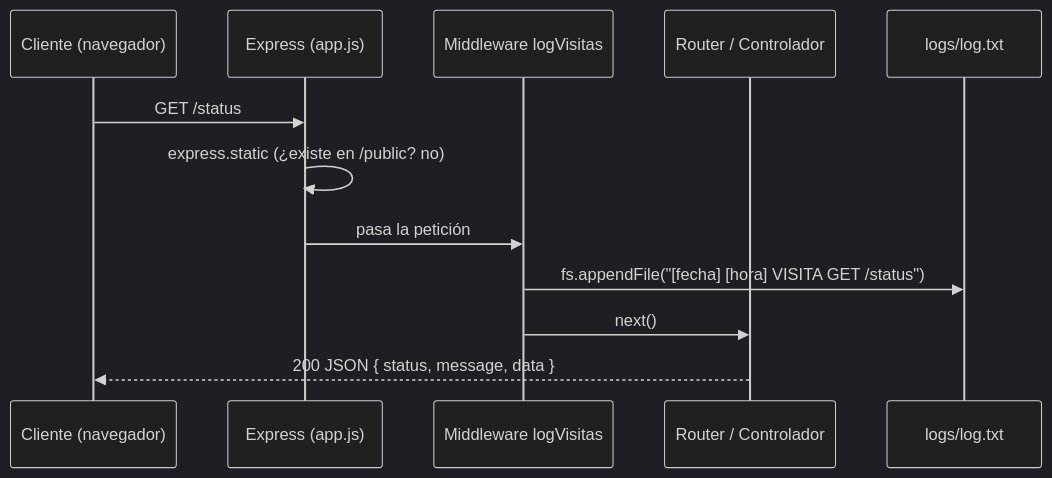
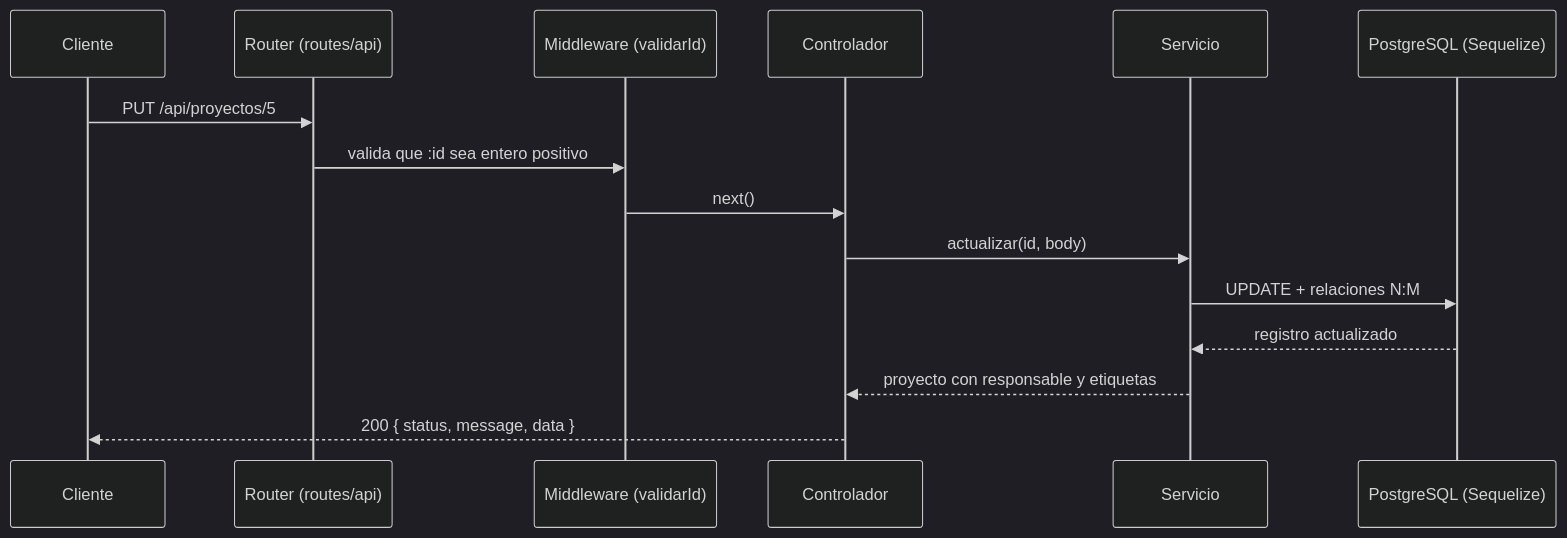
The second of 2 diagrams in README.md (mcmchechi-ship-it/tp-integrador-backend), drawn with Mermaid (dark theme) before and after one commit. The commit also changed other lines of this file and 2 other files, not shown here.

Commit message:
docs: README y reflexiones de la Parte 2 (API REST, PostgreSQL y Sequelize)

````diff
--- a/README.md
+++ b/README.md
@@ -63,14 +229,17 @@
 ```mermaid
 sequenceDiagram
-    participant C as Cliente (navegador)
-    participant E as Express (app.js)
-    participant M as Middleware logVisitas
-    participant R as Router / Controlador
-    participant F as logs/log.txt
-    C->>E: GET /status
-    E->>E: express.static (¿existe en /public? no)
-    E->>M: pasa la petición
-    M->>F: fs.appendFile("[fecha] [hora] VISITA GET /status")
-    M->>R: next()
-    R-->>C: 200 JSON { status, message, data }
+    participant C as Cliente
+    participant R as Router (routes/api)
+    participant V as Middleware (validarId)
+    participant K as Controlador
+    participant S as Servicio
+    participant D as PostgreSQL (Sequelize)
+    C->>R: PUT /api/proyectos/5
+    R->>V: valida que :id sea entero positivo
+    V->>K: next()
+    K->>S: actualizar(id, body)
+    S->>D: UPDATE + relaciones N:M
+    D-->>S: registro actualizado
+    S-->>K: proyecto con responsable y etiquetas
+    K-->>C: 200 { status, message, data }
 ```
````
